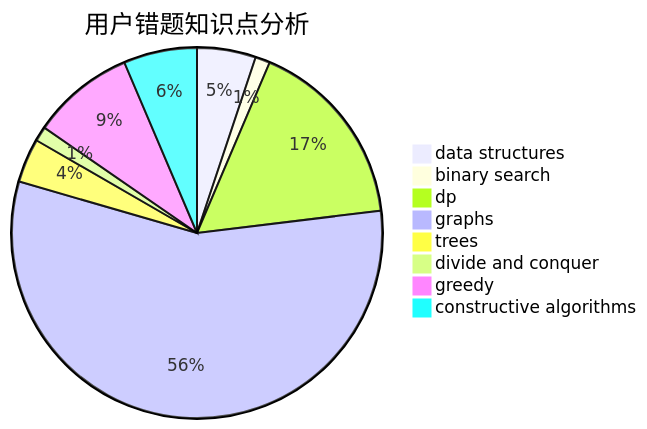
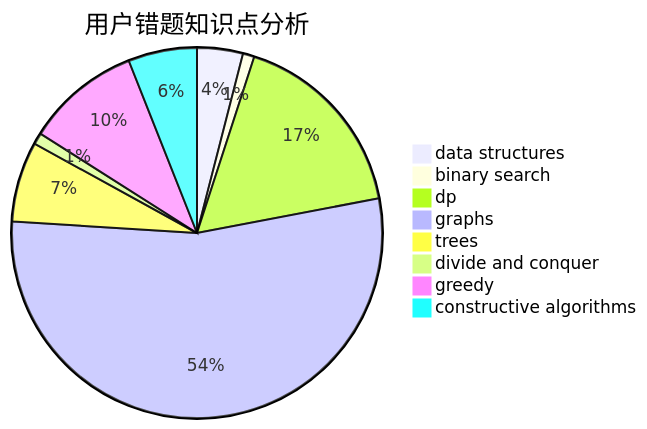
One commit to sherpahu/cfrs.github.io changed the third of 3 diagrams in docs/user/u2612.md. Above: the diagram before and after it, drawn with Mermaid. The commit also changed other lines of this file and 2770 other files, not shown here.

````diff
--- a/docs/user/u2612.md
+++ b/docs/user/u2612.md
@@ -36,11 +36,11 @@
 ```mermaid
 pie title 用户错题知识点分析
     "data structures" :  4
     "binary search" :  1
-    "dp" :  13
-    "graphs" :  44
-    "trees" :  3
+    "dp" :  17
+    "graphs" :  54
+    "trees" :  7
     "divide and conquer" :  1
-    "greedy" :  7
-    "constructive algorithms" :  5
+    "greedy" :  10
+    "constructive algorithms" :  6
 ```
````
